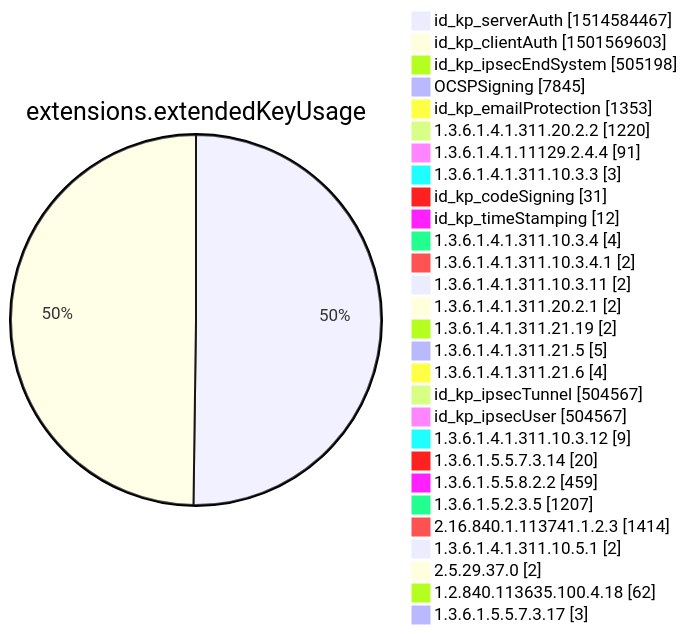
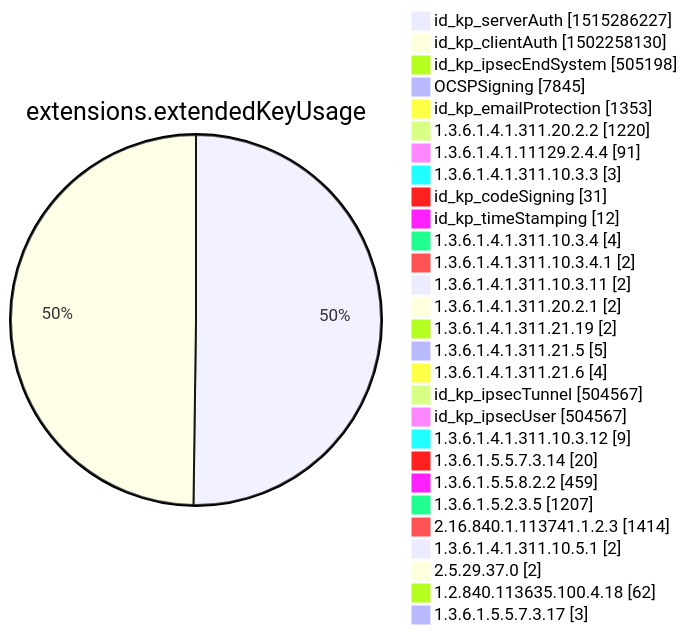
Diagram 12 of 15 in xenon2022/README.md (christiankrug/ctmonitor_visualization), drawn with Mermaid before and after one commit. The commit also changed other lines of this file, not shown here.

````diff
--- a/xenon2022/README.md
+++ b/xenon2022/README.md
@@ -3877,32 +3877,32 @@
 ```mermaid
 pie showData
 title extensions.extendedKeyUsage
-"id_kp_serverAuth" :1514584467
-"id_kp_clientAuth" :1501569603
+"id_kp_serverAuth" :1515286227
+"id_kp_clientAuth" :1502258130
 "id_kp_ipsecEndSystem" :505198
 "OCSPSigning" :7845
 "id_kp_emailProtection" :1353
 "1.3.6.1.4.1.311.20.2.2" :1220
 "1.3.6.1.4.1.11129.2.4.4" :91
 "1.3.6.1.4.1.311.10.3.3" :3
 "id_kp_codeSigning" :31
 "id_kp_timeStamping" :12
 "1.3.6.1.4.1.311.10.3.4" :4
 "1.3.6.1.4.1.311.10.3.4.1" :2
 "1.3.6.1.4.1.311.10.3.11" :2
 "1.3.6.1.4.1.311.20.2.1" :2
 "1.3.6.1.4.1.311.21.19" :2
 "1.3.6.1.4.1.311.21.5" :5
 "1.3.6.1.4.1.311.21.6" :4
 "id_kp_ipsecTunnel" :504567
 "id_kp_ipsecUser" :504567
 "1.3.6.1.4.1.311.10.3.12" :9
 "1.3.6.1.5.5.7.3.14" :20
 "1.3.6.1.5.5.8.2.2" :459
 "1.3.6.1.5.2.3.5" :1207
 "2.16.840.1.113741.1.2.3" :1414
 "1.3.6.1.4.1.311.10.5.1" :2
 "2.5.29.37.0" :2
 "1.2.840.113635.100.4.18" :62
 "1.3.6.1.5.5.7.3.17" :3
 ```
````
